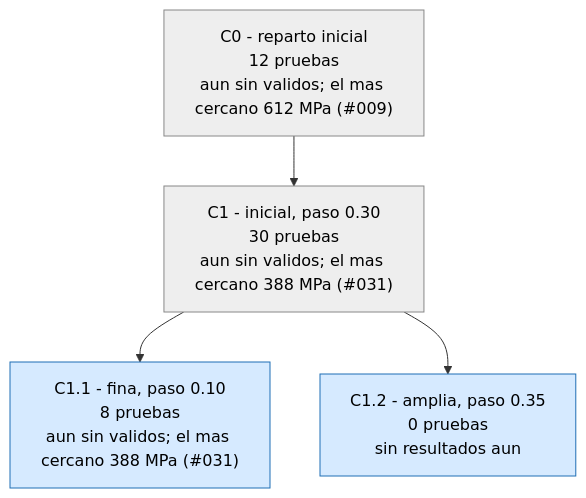
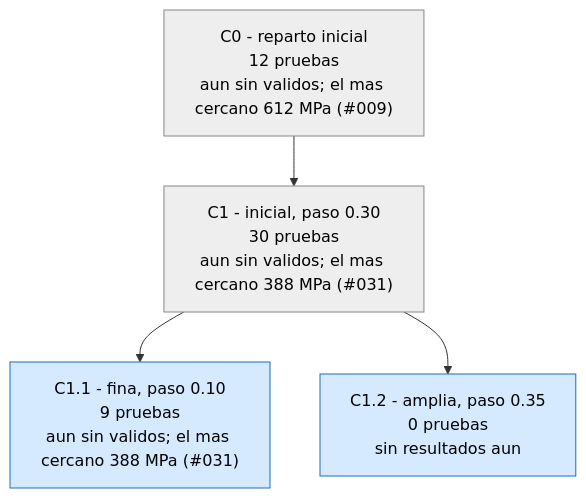
Before and after one commit to Hugiko/msd-soporte-optimizacion: the third of 3 diagrams in runs/opt_37800N/ARBOL.md, drawn with Mermaid. The commit also changed 19 other files, not shown here.

````diff
--- a/runs/opt_37800N/ARBOL.md
+++ b/runs/opt_37800N/ARBOL.md
@@ -55,13 +55,13 @@
 ```mermaid
 graph TD
 classDef activa fill:#d6eaff,stroke:#1f6fb5,color:#000
 classDef fin fill:#eeeeee,stroke:#888,color:#000
 classDef mejor fill:#c8f0c0,stroke:#1a9850,stroke-width:4px,color:#000
 C0["C0 - reparto inicial<br/>12 pruebas<br/>aun sin validos; el mas cercano 612 MPa (#009)"]:::fin
 C1["C1 - inicial, paso 0.30<br/>30 pruebas<br/>aun sin validos; el mas cercano 388 MPa (#031)"]:::fin
 C0 --> C1
-C1_1["C1.1 - fina, paso 0.10<br/>8 pruebas<br/>aun sin validos; el mas cercano 388 MPa (#031)"]:::activa
+C1_1["C1.1 - fina, paso 0.10<br/>9 pruebas<br/>aun sin validos; el mas cercano 388 MPa (#031)"]:::activa
 C1 --> C1_1
 C1_2["C1.2 - amplia, paso 0.35<br/>0 pruebas<br/>sin resultados aun"]:::activa
 C1 --> C1_2
 ```
````
